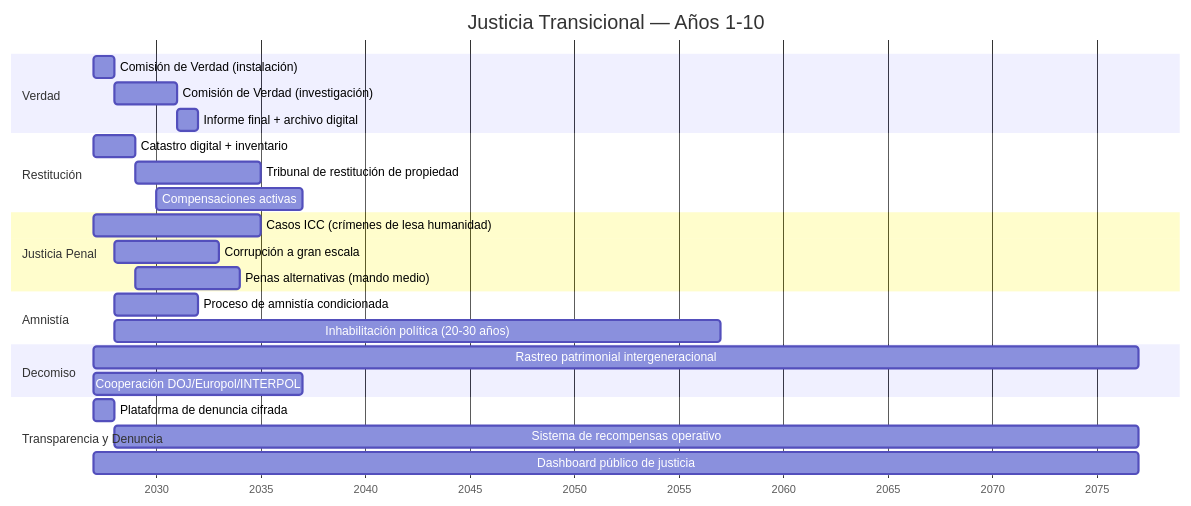
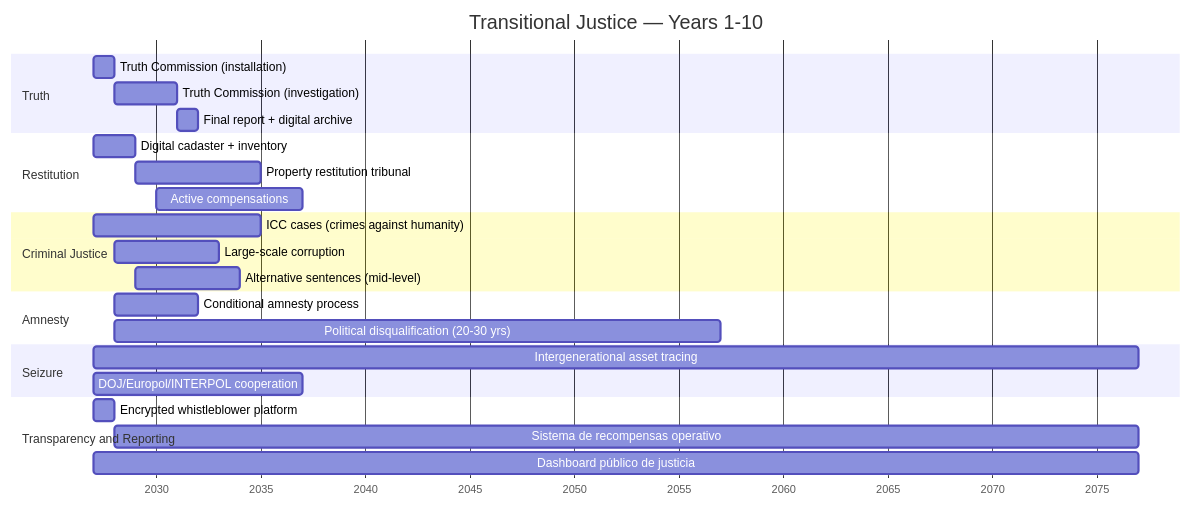
Before and after one commit to Venezuela-S-A/venezuela-sa: the third of 3 diagrams in i18n/en/docusaurus-plugin-content-docs/current/04-gobernanza/justicia-transicional.md, drawn with Mermaid. The commit also changed other lines of this file and 127 other files, not shown here.

````diff
--- a/i18n/en/docusaurus-plugin-content-docs/current/04-gobernanza/justicia-transicional.md
+++ b/i18n/en/docusaurus-plugin-content-docs/current/04-gobernanza/justicia-transicional.md
@@ -245,34 +245,34 @@
 ```mermaid
 gantt
-    title Justicia Transicional — Años 1-10
+    title Transitional Justice — Years 1-10
     dateFormat YYYY
     axisFormat %Y
 
-    section Verdad
-    Comisión de Verdad (instalación)        :a1, 2027, 2028
-    Comisión de Verdad (investigación)      :a2, 2028, 2031
-    Informe final + archivo digital         :a3, 2031, 2032
+    section Truth
+    Truth Commission (installation)          :a1, 2027, 2028
+    Truth Commission (investigation)         :a2, 2028, 2031
+    Final report + digital archive           :a3, 2031, 2032
 
-    section Restitución
-    Catastro digital + inventario            :b1, 2027, 2029
-    Tribunal de restitución de propiedad     :b2, 2029, 2035
-    Compensaciones activas                   :b3, 2030, 2037
+    section Restitution
+    Digital cadaster + inventory             :b1, 2027, 2029
+    Property restitution tribunal            :b2, 2029, 2035
+    Active compensations                     :b3, 2030, 2037
 
-    section Justicia Penal
-    Casos ICC (crímenes de lesa humanidad)   :c1, 2027, 2035
-    Corrupción a gran escala                 :c2, 2028, 2033
-    Penas alternativas (mando medio)         :c3, 2029, 2034
+    section Criminal Justice
+    ICC cases (crimes against humanity)      :c1, 2027, 2035
+    Large-scale corruption                   :c2, 2028, 2033
+    Alternative sentences (mid-level)        :c3, 2029, 2034
 
-    section Amnistía
-    Proceso de amnistía condicionada         :d1, 2028, 2032
-    Inhabilitación política (20-30 años)     :d2, 2028, 2057
+    section Amnesty
+    Conditional amnesty process              :d1, 2028, 2032
+    Political disqualification (20-30 yrs)   :d2, 2028, 2057
 
-    section Decomiso
-    Rastreo patrimonial intergeneracional    :e1, 2027, 2077
-    Cooperación DOJ/Europol/INTERPOL        :e2, 2027, 2037
+    section Seizure
+    Intergenerational asset tracing          :e1, 2027, 2077
+    DOJ/Europol/INTERPOL cooperation         :e2, 2027, 2037
 
-    section Transparencia y Denuncia
-    Plataforma de denuncia cifrada           :f1, 2027, 2028
+    section Transparency and Reporting
+    Encrypted whistleblower platform         :f1, 2027, 2028
     Sistema de recompensas operativo         :f2, 2028, 2077
     Dashboard público de justicia            :f3, 2027, 2077
 ```
````
